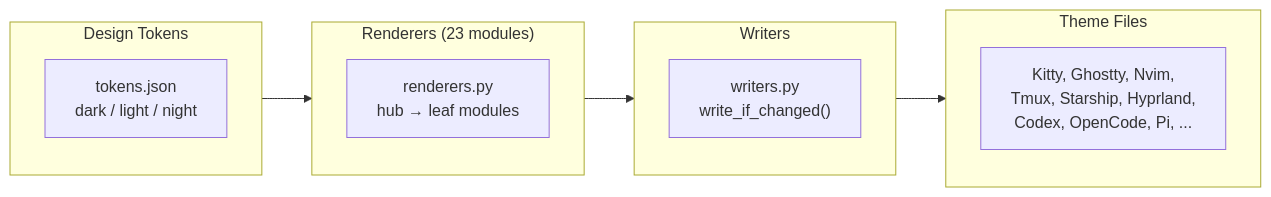
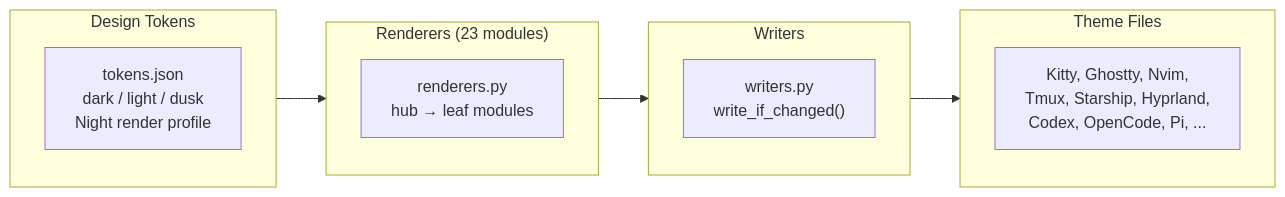
Before and after one commit to Albert-fer02/Dreamcoder_dots: the diagram in README.md, drawn with Mermaid. The commit also changed other lines of this file and 83 other files, not shown here.

````diff
--- a/README.md
+++ b/README.md
@@ -141,16 +141,16 @@
 ```mermaid
 flowchart LR
     subgraph Tokens["Design Tokens"]
-        PT["tokens.json<br/>dark / light / night"]
+        PT["tokens.json<br/>dark / light / dusk<br/>Night render profile"]
     end
     subgraph Render["Renderers (23 modules)"]
         R["renderers.py<br/>hub → leaf modules"]
     end
     subgraph Write["Writers"]
         W["writers.py<br/>write_if_changed()"]
     end
     subgraph Output["Theme Files"]
         O["Kitty, Ghostty, Nvim,<br/>Tmux, Starship, Hyprland,<br/>Codex, OpenCode, Pi, ..."]
     end
     Tokens --> Render --> Write --> Output
 ```
````
